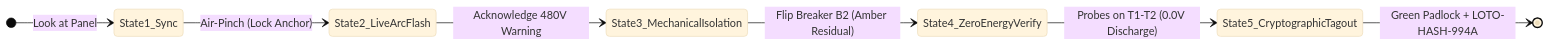
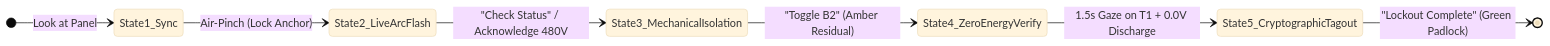
One commit to fokrulanthro16-eng/volttwin-ar changed the diagram in README.md. Above: the diagram before and after it, drawn with Mermaid (base theme). The commit also changed other lines of this file and 11 other files, not shown here.

````diff
--- a/README.md
+++ b/README.md
@@ -26,10 +26,10 @@
 ```mermaid
 stateDiagram-v2
     direction LR
     [*] --> State1_Sync: Look at Panel
     State1_Sync --> State2_LiveArcFlash: Air-Pinch (Lock Anchor)
-    State2_LiveArcFlash --> State3_MechanicalIsolation: Acknowledge 480V Warning
-    State3_MechanicalIsolation --> State4_ZeroEnergyVerify: Flip Breaker B2 (Amber Residual)
-    State4_ZeroEnergyVerify --> State5_CryptographicTagout: Probes on T1-T2 (0.0V Discharge)
-    State5_CryptographicTagout --> [*]: Green Padlock + LOTO-HASH-994A
+    State2_LiveArcFlash --> State3_MechanicalIsolation: "Check Status" / Acknowledge 480V
+    State3_MechanicalIsolation --> State4_ZeroEnergyVerify: "Toggle B2" (Amber Residual)
+    State4_ZeroEnergyVerify --> State5_CryptographicTagout: 1.5s Gaze on T1 + 0.0V Discharge
+    State5_CryptographicTagout --> [*]: "Lockout Complete" (Green Padlock)
 ```
````
